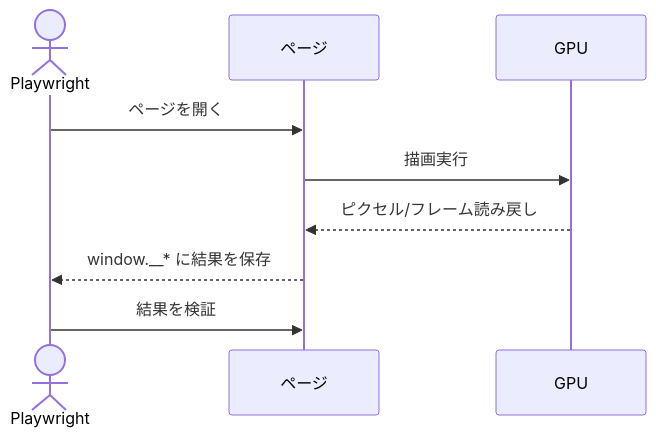
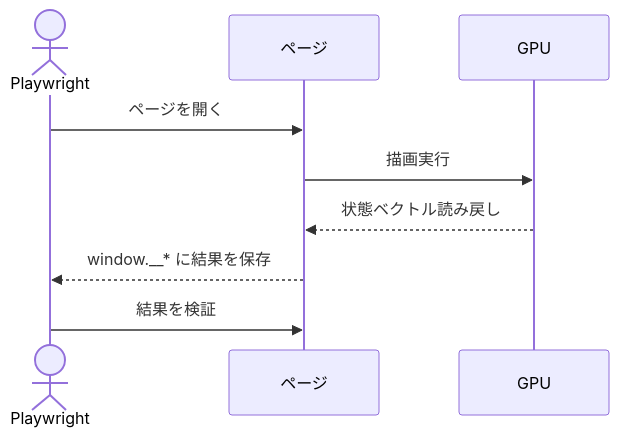
One commit to qniapp/qni-webgpu changed the fourth of 4 diagrams in docs/architecture.md. Above: the diagram before and after it, drawn with Mermaid. The commit also changed other lines of this file and 27 other files, not shown here.

````diff
--- a/docs/architecture.md
+++ b/docs/architecture.md
@@ -92,11 +91,11 @@
 ```mermaid
 sequenceDiagram
   actor T as Playwright
   participant P as ページ
   participant G as GPU
   T->>P: ページを開く
   P->>G: 描画実行
-  G-->>P: ピクセル/フレーム読み戻し
+  G-->>P: 状態ベクトル読み戻し
   P-->>T: window.__* に結果を保存
   T->>P: 結果を検証
 ```
````
